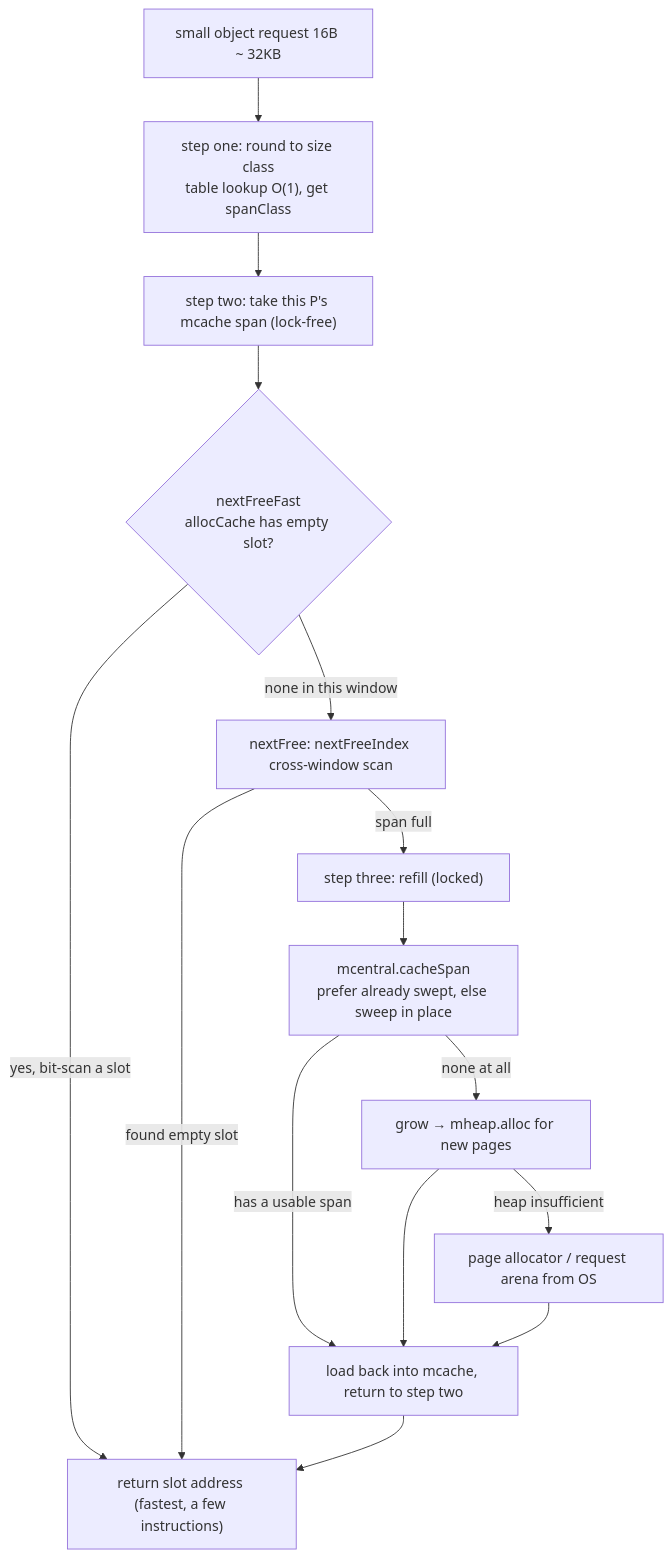
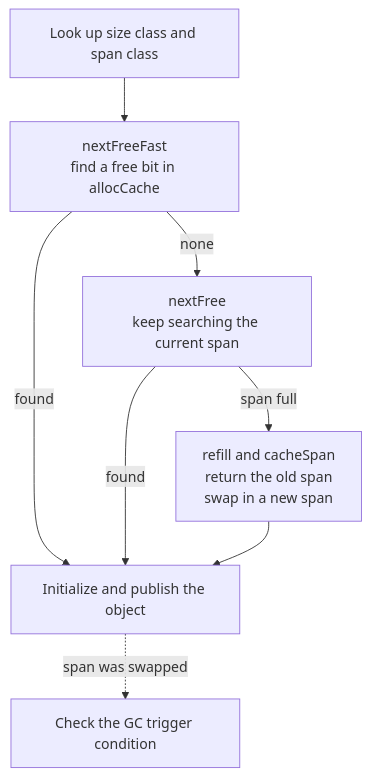
One commit to golang-design/under-the-hood changed the diagram in book/en-us/part4memory/ch12alloc/smallalloc.md. Above: the diagram before and after it, drawn with Mermaid. The commit also changed other lines of this file and 30 other files, not shown here.

````diff
--- a/book/en-us/part4memory/ch12alloc/smallalloc.md
+++ b/book/en-us/part4memory/ch12alloc/smallalloc.md
@@ -178,17 +19,10 @@
 ```mermaid
 flowchart TD
-    REQ["small object request 16B ~ 32KB"] --> SC["step one: round to size class<br/>table lookup O(1), get spanClass"]
-    SC --> MC["step two: take this P's mcache span (lock-free)"]
-    MC --> FAST{"nextFreeFast<br/>allocCache has empty slot?"}
-    FAST -->|yes, bit-scan a slot| DONE["return slot address (fastest, a few instructions)"]
-    FAST -->|none in this window| NF["nextFree: nextFreeIndex cross-window scan"]
-    NF -->|found empty slot| DONE
-    NF -->|span full| REFILL["step three: refill (locked)"]
-    REFILL --> CENT["mcentral.cacheSpan<br/>prefer already swept, else sweep in place"]
-    CENT -->|has a usable span| BACK["load back into mcache, return to step two"]
-    CENT -->|none at all| GROW["grow → mheap.alloc for new pages"]
-    GROW -->|heap insufficient| OS["page allocator / request arena from OS"]
-    GROW --> BACK
-    OS --> BACK
-    BACK --> DONE
+    SC["Look up size class and span class"] --> FF["nextFreeFast<br/>find a free bit in allocCache"]
+    FF -->|found| INIT["Initialize and publish the object"]
+    FF -->|none| NF["nextFree<br/>keep searching the current span"]
+    NF -->|found| INIT
+    NF -->|span full| RF["refill and cacheSpan<br/>return the old span<br/>swap in a new span"]
+    RF --> INIT
+    INIT -.->|span was swapped| TR["Check the GC trigger condition"]
 ```
````
